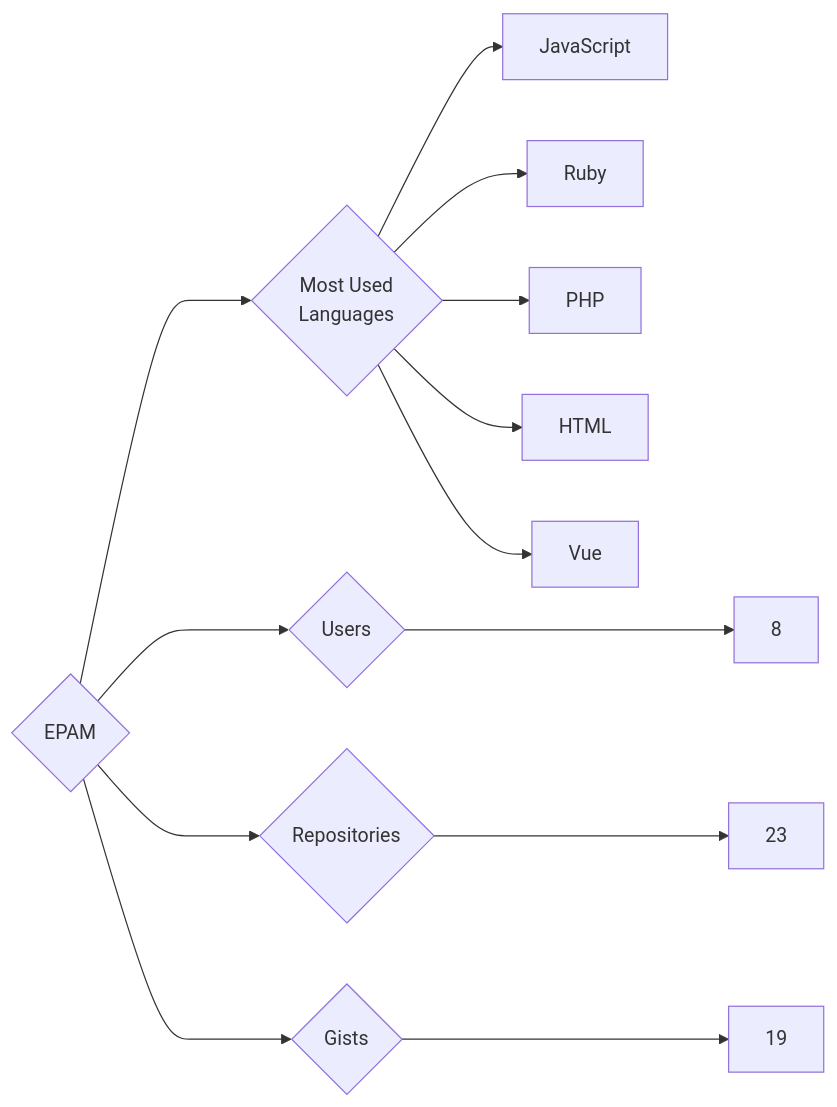
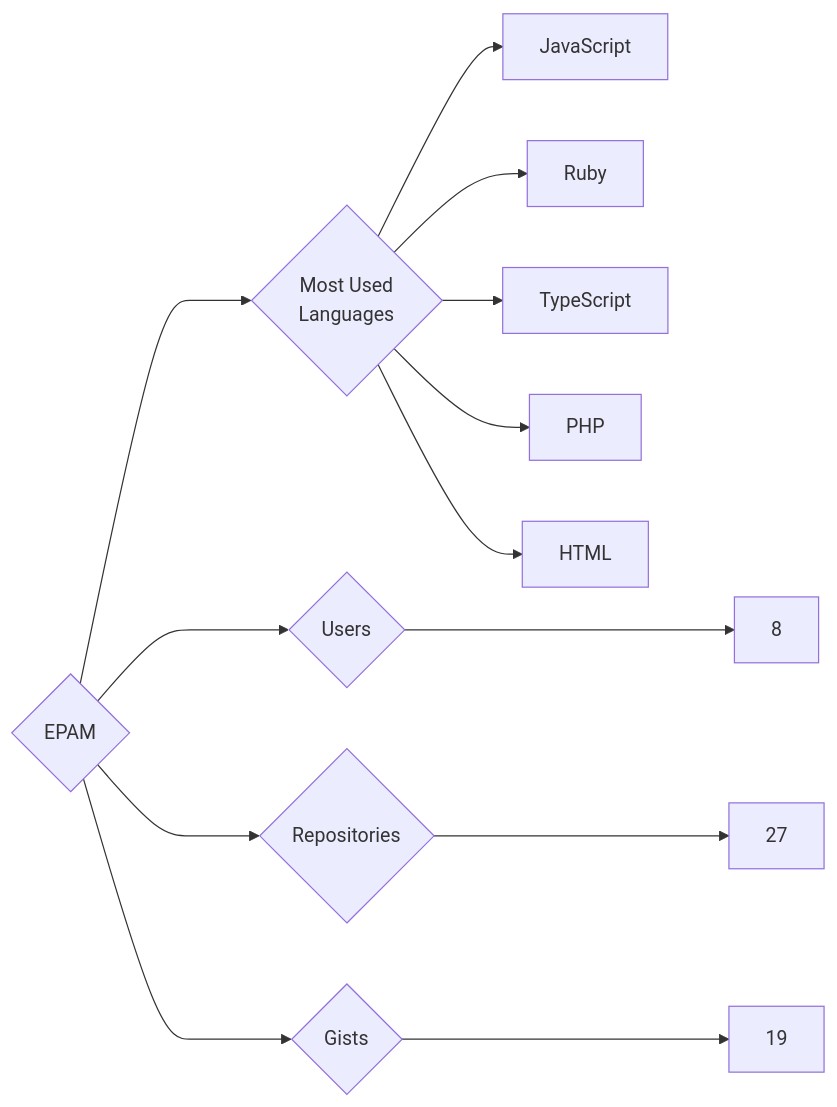
One commit to trickest/insiders changed the diagram in targets/EPAM/README.md. Above: the diagram before and after it, drawn with Mermaid. The commit also changed 1120 other files, not shown here.

````diff
--- a/targets/EPAM/README.md
+++ b/targets/EPAM/README.md
@@ -3,13 +3,13 @@
 ```mermaid
 graph LR
 COMPANY_NAME{EPAM}
 COMPANY_NAME ---> U{Users} ---> UN[8]
-COMPANY_NAME ---> R{Repositories} ---> RN[23]
+COMPANY_NAME ---> R{Repositories} ---> RN[27]
 COMPANY_NAME ---> G{Gists} ---> GN[19]
 COMPANY_NAME ---> ML{Most Used<br>Languages}
 ML --> JavaScript[JavaScript]
 ML --> Ruby[Ruby]
+ML --> TypeScript[TypeScript]
 ML --> PHP[PHP]
 ML --> HTML[HTML]
-ML --> Vue[Vue]
 ```
````
